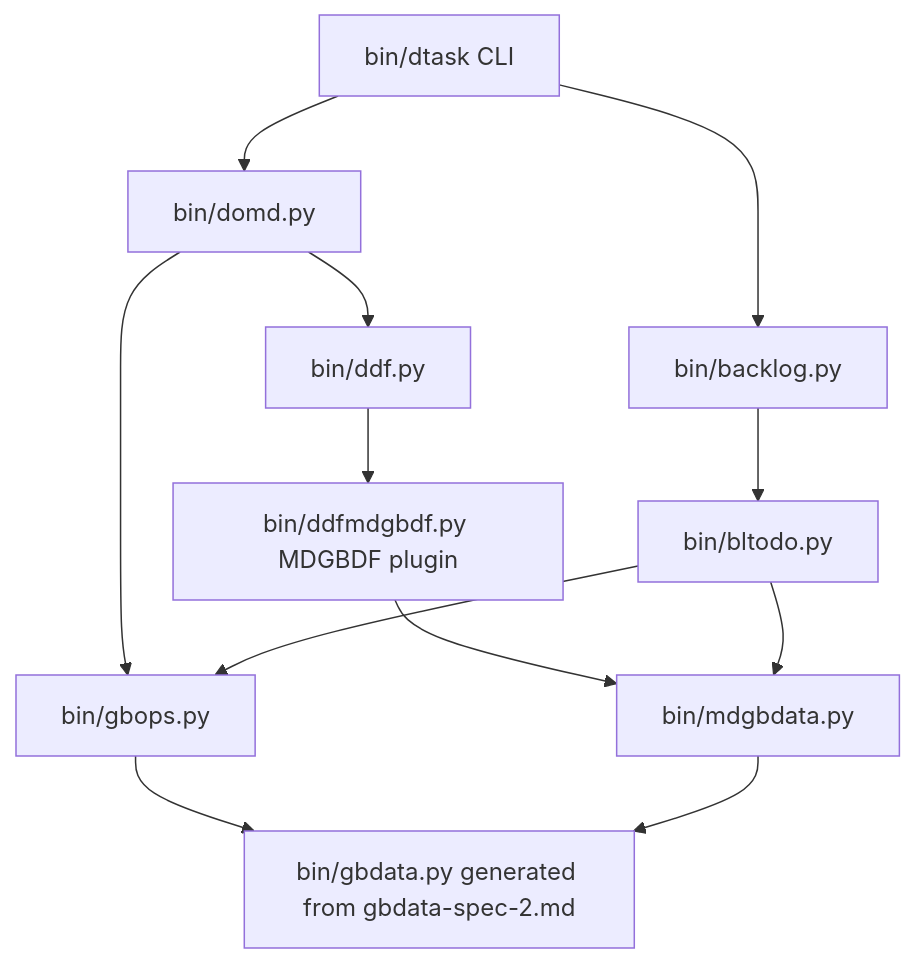
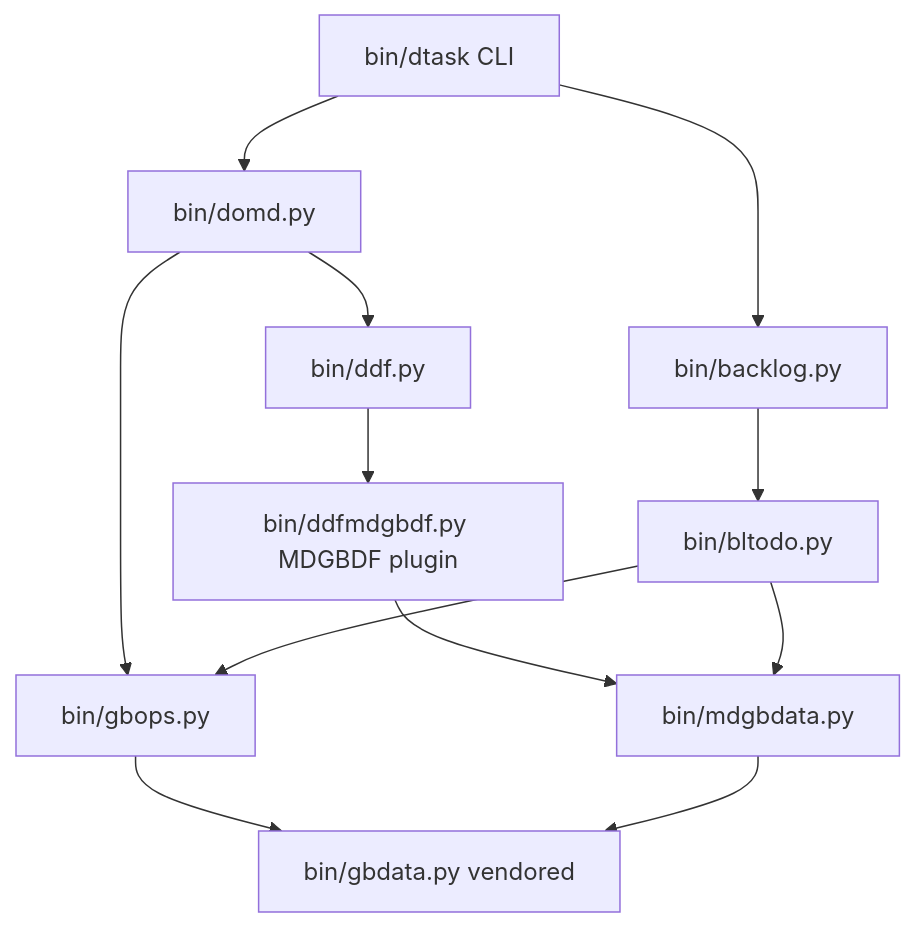
One commit to psons/dev-scripts changed the diagram in docs/dev/spec/dtask-final-modules-spec.md. Above: the diagram before and after it, drawn with Mermaid. The commit also changed other lines of this file and 8 other files, not shown here.

````diff
--- a/docs/dev/spec/dtask-final-modules-spec.md
+++ b/docs/dev/spec/dtask-final-modules-spec.md
@@ -32,14 +32,14 @@
 ```mermaid
 graph TD
   dtask[bin/dtask CLI] --> domd[bin/domd.py]
   dtask --> backlog[bin/backlog.py]
   domd --> ddf[bin/ddf.py]
   domd --> gbops[bin/gbops.py]
   ddf --> ddfmdgbdf[bin/ddfmdgbdf.py MDGBDF plugin]
   ddfmdgbdf --> mdgbdata[bin/mdgbdata.py]
   backlog --> bltodo[bin/bltodo.py]
   bltodo --> gbops
   bltodo --> mdgbdata
-  gbops --> gbdata[bin/gbdata.py generated from gbdata-spec-2.md]
+  gbops --> gbdata[bin/gbdata.py vendored]
   mdgbdata --> gbdata
 ```
````
